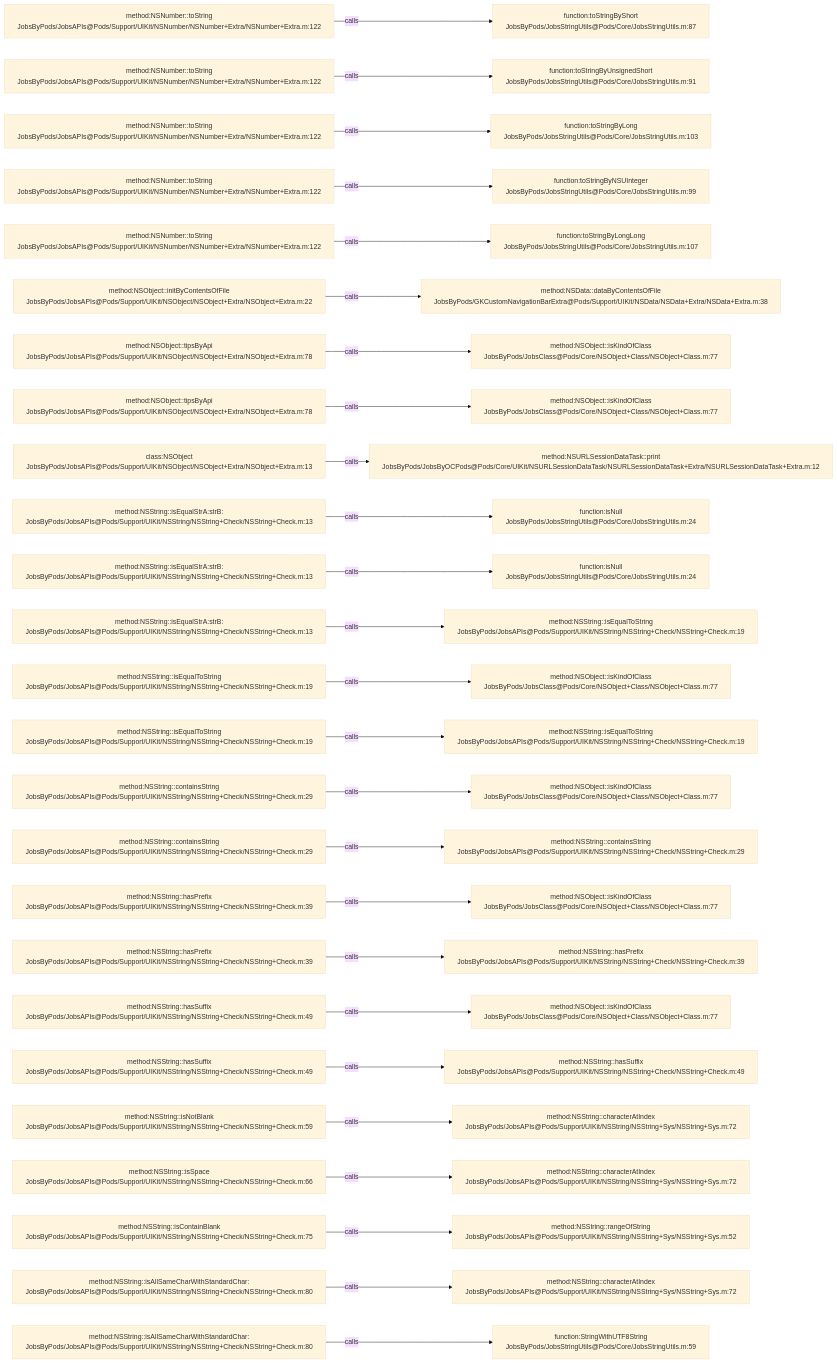
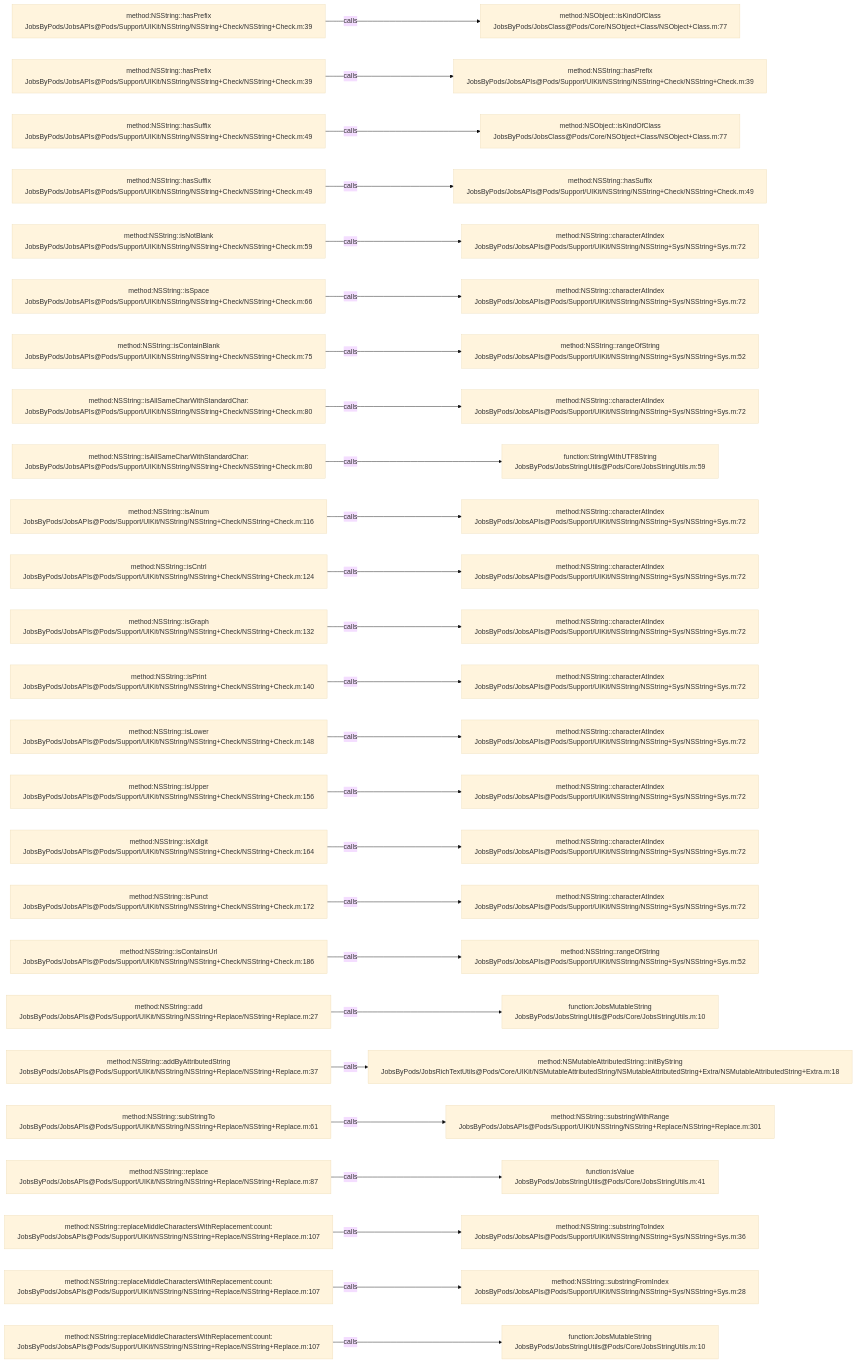
The diagram in .codegraph/codegraph.md/graphs/calls-013.md (JobsKits/JobsOCBaseConfigDemo), drawn with Mermaid (base theme) before and after one commit. The commit also changed 639 other files, not shown here.

````diff
--- a/.codegraph/codegraph.md/graphs/calls-013.md
+++ b/.codegraph/codegraph.md/graphs/calls-013.md
@@ -13,78 +13,78 @@
 ```mermaid
 flowchart LR
-  S1["method:NSNumber::toString<br/>JobsByPods/JobsAPIs@Pods/Support/UIKit/NSNumber/NSNumber+Extra/NSNumber+Extra.m:122"]
-  T1["function:toStringByShort<br/>JobsByPods/JobsStringUtils@Pods/Core/JobsStringUtils.m:87"]
+  S1["method:NSString::hasPrefix<br/>JobsByPods/JobsAPIs@Pods/Support/UIKit/NSString/NSString+Check/NSString+Check.m:39"]
+  T1["method:NSObject::isKindOfClass<br/>JobsByPods/JobsClass@Pods/Core/NSObject+Class/NSObject+Class.m:77"]
   S1 -->|calls| T1
-  S2["method:NSNumber::toString<br/>JobsByPods/JobsAPIs@Pods/Support/UIKit/NSNumber/NSNumber+Extra/NSNumber+Extra.m:122"]
-  T2["function:toStringByUnsignedShort<br/>JobsByPods/JobsStringUtils@Pods/Core/JobsStringUtils.m:91"]
+  S2["method:NSString::hasPrefix<br/>JobsByPods/JobsAPIs@Pods/Support/UIKit/NSString/NSString+Check/NSString+Check.m:39"]
+  T2["method:NSString::hasPrefix<br/>JobsByPods/JobsAPIs@Pods/Support/UIKit/NSString/NSString+Check/NSString+Check.m:39"]
   S2 -->|calls| T2
-  S3["method:NSNumber::toString<br/>JobsByPods/JobsAPIs@Pods/Support/UIKit/NSNumber/NSNumber+Extra/NSNumber+Extra.m:122"]
-  T3["function:toStringByLong<br/>JobsByPods/JobsStringUtils@Pods/Core/JobsStringUtils.m:103"]
+  S3["method:NSString::hasSuffix<br/>JobsByPods/JobsAPIs@Pods/Support/UIKit/NSString/NSString+Check/NSString+Check.m:49"]
+  T3["method:NSObject::isKindOfClass<br/>JobsByPods/JobsClass@Pods/Core/NSObject+Class/NSObject+Class.m:77"]
   S3 -->|calls| T3
-  S4["method:NSNumber::toString<br/>JobsByPods/JobsAPIs@Pods/Support/UIKit/NSNumber/NSNumber+Extra/NSNumber+Extra.m:122"]
-  T4["function:toStringByNSUInteger<br/>JobsByPods/JobsStringUtils@Pods/Core/JobsStringUtils.m:99"]
+  S4["method:NSString::hasSuffix<br/>JobsByPods/JobsAPIs@Pods/Support/UIKit/NSString/NSString+Check/NSString+Check.m:49"]
+  T4["method:NSString::hasSuffix<br/>JobsByPods/JobsAPIs@Pods/Support/UIKit/NSString/NSString+Check/NSString+Check.m:49"]
   S4 -->|calls| T4
-  S5["method:NSNumber::toString<br/>JobsByPods/JobsAPIs@Pods/Support/UIKit/NSNumber/NSNumber+Extra/NSNumber+Extra.m:122"]
-  T5["function:toStringByLongLong<br/>JobsByPods/JobsStringUtils@Pods/Core/JobsStringUtils.m:107"]
+  S5["method:NSString::isNotBlank<br/>JobsByPods/JobsAPIs@Pods/Support/UIKit/NSString/NSString+Check/NSString+Check.m:59"]
+  T5["method:NSString::characterAtIndex<br/>JobsByPods/JobsAPIs@Pods/Support/UIKit/NSString/NSString+Sys/NSString+Sys.m:72"]
   S5 -->|calls| T5
-  S6["method:NSObject::initByContentsOfFile<br/>JobsByPods/JobsAPIs@Pods/Support/UIKit/NSObject/NSObject+Extra/NSObject+Extra.m:22"]
-  T6["method:NSData::dataByContentsOfFile<br/>JobsByPods/GKCustomNavigationBarExtra@Pods/Support/UIKit/NSData/NSData+Extra/NSData+Extra.m:38"]
+  S6["method:NSString::isSpace<br/>JobsByPods/JobsAPIs@Pods/Support/UIKit/NSString/NSString+Check/NSString+Check.m:66"]
+  T6["method:NSString::characterAtIndex<br/>JobsByPods/JobsAPIs@Pods/Support/UIKit/NSString/NSString+Sys/NSString+Sys.m:72"]
   S6 -->|calls| T6
-  S7["method:NSObject::tipsByApi<br/>JobsByPods/JobsAPIs@Pods/Support/UIKit/NSObject/NSObject+Extra/NSObject+Extra.m:78"]
-  T7["method:NSObject::isKindOfClass<br/>JobsByPods/JobsClass@Pods/Core/NSObject+Class/NSObject+Class.m:77"]
+  S7["method:NSString::isContainBlank<br/>JobsByPods/JobsAPIs@Pods/Support/UIKit/NSString/NSString+Check/NSString+Check.m:75"]
+  T7["method:NSString::rangeOfString<br/>JobsByPods/JobsAPIs@Pods/Support/UIKit/NSString/NSString+Sys/NSString+Sys.m:52"]
   S7 -->|calls| T7
-  S8["method:NSObject::tipsByApi<br/>JobsByPods/JobsAPIs@Pods/Support/UIKit/NSObject/NSObject+Extra/NSObject+Extra.m:78"]
-  T8["method:NSObject::isKindOfClass<br/>JobsByPods/JobsClass@Pods/Core/NSObject+Class/NSObject+Class.m:77"]
+  S8["method:NSString::isAllSameCharWithStandardChar:<br/>JobsByPods/JobsAPIs@Pods/Support/UIKit/NSString/NSString+Check/NSString+Check.m:80"]
+  T8["method:NSString::characterAtIndex<br/>JobsByPods/JobsAPIs@Pods/Support/UIKit/NSString/NSString+Sys/NSString+Sys.m:72"]
   S8 -->|calls| T8
-  S9["class:NSObject<br/>JobsByPods/JobsAPIs@Pods/Support/UIKit/NSObject/NSObject+Extra/NSObject+Extra.m:13"]
-  T9["method:NSURLSessionDataTask::print<br/>JobsByPods/JobsByOCPods@Pods/Core/UIKit/NSURLSessionDataTask/NSURLSessionDataTask+Extra/NSURLSessionDataTask+Extra.m:12"]
+  S9["method:NSString::isAllSameCharWithStandardChar:<br/>JobsByPods/JobsAPIs@Pods/Support/UIKit/NSString/NSString+Check/NSString+Check.m:80"]
+  T9["function:StringWithUTF8String<br/>JobsByPods/JobsStringUtils@Pods/Core/JobsStringUtils.m:59"]
   S9 -->|calls| T9
-  S10["method:NSString::isEqualStrA:strB:<br/>JobsByPods/JobsAPIs@Pods/Support/UIKit/NSString/NSString+Check/NSString+Check.m:13"]
-  T10["function:isNull<br/>JobsByPods/JobsStringUtils@Pods/Core/JobsStringUtils.m:24"]
+  S10["method:NSString::isAlnum<br/>JobsByPods/JobsAPIs@Pods/Support/UIKit/NSString/NSString+Check/NSString+Check.m:116"]
+  T10["method:NSString::characterAtIndex<br/>JobsByPods/JobsAPIs@Pods/Support/UIKit/NSString/NSString+Sys/NSString+Sys.m:72"]
   S10 -->|calls| T10
-  S11["method:NSString::isEqualStrA:strB:<br/>JobsByPods/JobsAPIs@Pods/Support/UIKit/NSString/NSString+Check/NSString+Check.m:13"]
-  T11["function:isNull<br/>JobsByPods/JobsStringUtils@Pods/Core/JobsStringUtils.m:24"]
+  S11["method:NSString::isCntrl<br/>JobsByPods/JobsAPIs@Pods/Support/UIKit/NSString/NSString+Check/NSString+Check.m:124"]
+  T11["method:NSString::characterAtIndex<br/>JobsByPods/JobsAPIs@Pods/Support/UIKit/NSString/NSString+Sys/NSString+Sys.m:72"]
   S11 -->|calls| T11
-  S12["method:NSString::isEqualStrA:strB:<br/>JobsByPods/JobsAPIs@Pods/Support/UIKit/NSString/NSString+Check/NSString+Check.m:13"]
-  T12["method:NSString::isEqualToString<br/>JobsByPods/JobsAPIs@Pods/Support/UIKit/NSString/NSString+Check/NSString+Check.m:19"]
+  S12["method:NSString::isGraph<br/>JobsByPods/JobsAPIs@Pods/Support/UIKit/NSString/NSString+Check/NSString+Check.m:132"]
+  T12["method:NSString::characterAtIndex<br/>JobsByPods/JobsAPIs@Pods/Support/UIKit/NSString/NSString+Sys/NSString+Sys.m:72"]
   S12 -->|calls| T12
-  S13["method:NSString::isEqualToString<br/>JobsByPods/JobsAPIs@Pods/Support/UIKit/NSString/NSString+Check/NSString+Check.m:19"]
-  T13["method:NSObject::isKindOfClass<br/>JobsByPods/JobsClass@Pods/Core/NSObject+Class/NSObject+Class.m:77"]
+  S13["method:NSString::isPrint<br/>JobsByPods/JobsAPIs@Pods/Support/UIKit/NSString/NSString+Check/NSString+Check.m:140"]
+  T13["method:NSString::characterAtIndex<br/>JobsByPods/JobsAPIs@Pods/Support/UIKit/NSString/NSString+Sys/NSString+Sys.m:72"]
   S13 -->|calls| T13
-  S14["method:NSString::isEqualToString<br/>JobsByPods/JobsAPIs@Pods/Support/UIKit/NSString/NSString+Check/NSString+Check.m:19"]
-  T14["method:NSString::isEqualToString<br/>JobsByPods/JobsAPIs@Pods/Support/UIKit/NSString/NSString+Check/NSString+Check.m:19"]
+  S14["method:NSString::isLower<br/>JobsByPods/JobsAPIs@Pods/Support/UIKit/NSString/NSString+Check/NSString+Check.m:148"]
+  T14["method:NSString::characterAtIndex<br/>JobsByPods/JobsAPIs@Pods/Support/UIKit/NSString/NSString+Sys/NSString+Sys.m:72"]
   S14 -->|calls| T14
-  S15["method:NSString::containsString<br/>JobsByPods/JobsAPIs@Pods/Support/UIKit/NSString/NSString+Check/NSString+Check.m:29"]
-  T15["method:NSObject::isKindOfClass<br/>JobsByPods/JobsClass@Pods/Core/NSObject+Class/NSObject+Class.m:77"]
+  S15["method:NSString::isUpper<br/>JobsByPods/JobsAPIs@Pods/Support/UIKit/NSString/NSString+Check/NSString+Check.m:156"]
+  T15["method:NSString::characterAtIndex<br/>JobsByPods/JobsAPIs@Pods/Support/UIKit/NSString/NSString+Sys/NSString+Sys.m:72"]
   S15 -->|calls| T15
-  S16["method:NSString::containsString<br/>JobsByPods/JobsAPIs@Pods/Support/UIKit/NSString/NSString+Check/NSString+Check.m:29"]
-  T16["method:NSString::containsString<br/>JobsByPods/JobsAPIs@Pods/Support/UIKit/NSString/NSString+Check/NSString+Check.m:29"]
+  S16["method:NSString::isXdigit<br/>JobsByPods/JobsAPIs@Pods/Support/UIKit/NSString/NSString+Check/NSString+Check.m:164"]
+  T16["method:NSString::characterAtIndex<br/>JobsByPods/JobsAPIs@Pods/Support/UIKit/NSString/NSString+Sys/NSString+Sys.m:72"]
   S16 -->|calls| T16
-  S17["method:NSString::hasPrefix<br/>JobsByPods/JobsAPIs@Pods/Support/UIKit/NSString/NSString+Check/NSString+Check.m:39"]
-  T17["method:NSObject::isKindOfClass<br/>JobsByPods/JobsClass@Pods/Core/NSObject+Class/NSObject+Class.m:77"]
+  S17["method:NSString::isPunct<br/>JobsByPods/JobsAPIs@Pods/Support/UIKit/NSString/NSString+Check/NSString+Check.m:172"]
+  T17["method:NSString::characterAtIndex<br/>JobsByPods/JobsAPIs@Pods/Support/UIKit/NSString/NSString+Sys/NSString+Sys.m:72"]
   S17 -->|calls| T17
-  S18["method:NSString::hasPrefix<br/>JobsByPods/JobsAPIs@Pods/Support/UIKit/NSString/NSString+Check/NSString+Check.m:39"]
-  T18["method:NSString::hasPrefix<br/>JobsByPods/JobsAPIs@Pods/Support/UIKit/NSString/NSString+Check/NSString+Check.m:39"]
+  S18["method:NSString::isContainsUrl<br/>JobsByPods/JobsAPIs@Pods/Support/UIKit/NSString/NSString+Check/NSString+Check.m:186"]
+  T18["method:NSString::rangeOfString<br/>JobsByPods/JobsAPIs@Pods/Support/UIKit/NSString/NSString+Sys/NSString+Sys.m:52"]
   S18 -->|calls| T18
-  S19["method:NSString::hasSuffix<br/>JobsByPods/JobsAPIs@Pods/Support/UIKit/NSString/NSString+Check/NSString+Check.m:49"]
-  T19["method:NSObject::isKindOfClass<br/>JobsByPods/JobsClass@Pods/Core/NSObject+Class/NSObject+Class.m:77"]
+  S19["method:NSString::add<br/>JobsByPods/JobsAPIs@Pods/Support/UIKit/NSString/NSString+Replace/NSString+Replace.m:27"]
+  T19["function:JobsMutableString<br/>JobsByPods/JobsStringUtils@Pods/Core/JobsStringUtils.m:10"]
   S19 -->|calls| T19
-  S20["method:NSString::hasSuffix<br/>JobsByPods/JobsAPIs@Pods/Support/UIKit/NSString/NSString+Check/NSString+Check.m:49"]
-  T20["method:NSString::hasSuffix<br/>JobsByPods/JobsAPIs@Pods/Support/UIKit/NSString/NSString+Check/NSString+Check.m:49"]
+  S20["method:NSString::addByAttributedString<br/>JobsByPods/JobsAPIs@Pods/Support/UIKit/NSString/NSString+Replace/NSString+Replace.m:37"]
+  T20["method:NSMutableAttributedString::initByString<br/>JobsByPods/JobsRichTextUtils@Pods/Core/UIKit/NSMutableAttributedString/NSMutableAttributedString+Extra/NSMutableAttributedString+Extra.m:18"]
   S20 -->|calls| T20
-  S21["method:NSString::isNotBlank<br/>JobsByPods/JobsAPIs@Pods/Support/UIKit/NSString/NSString+Check/NSString+Check.m:59"]
-  T21["method:NSString::characterAtIndex<br/>JobsByPods/JobsAPIs@Pods/Support/UIKit/NSString/NSString+Sys/NSString+Sys.m:72"]
+  S21["method:NSString::subStringTo<br/>JobsByPods/JobsAPIs@Pods/Support/UIKit/NSString/NSString+Replace/NSString+Replace.m:61"]
+  T21["method:NSString::substringWithRange<br/>JobsByPods/JobsAPIs@Pods/Support/UIKit/NSString/NSString+Replace/NSString+Replace.m:301"]
   S21 -->|calls| T21
-  S22["method:NSString::isSpace<br/>JobsByPods/JobsAPIs@Pods/Support/UIKit/NSString/NSString+Check/NSString+Check.m:66"]
-  T22["method:NSString::characterAtIndex<br/>JobsByPods/JobsAPIs@Pods/Support/UIKit/NSString/NSString+Sys/NSString+Sys.m:72"]
+  S22["method:NSString::replace<br/>JobsByPods/JobsAPIs@Pods/Support/UIKit/NSString/NSString+Replace/NSString+Replace.m:87"]
+  T22["function:isValue<br/>JobsByPods/JobsStringUtils@Pods/Core/JobsStringUtils.m:41"]
   S22 -->|calls| T22
-  S23["method:NSString::isContainBlank<br/>JobsByPods/JobsAPIs@Pods/Support/UIKit/NSString/NSString+Check/NSString+Check.m:75"]
-  T23["method:NSString::rangeOfString<br/>JobsByPods/JobsAPIs@Pods/Support/UIKit/NSString/NSString+Sys/NSString+Sys.m:52"]
+  S23["method:NSString::replaceMiddleCharactersWithReplacement:count:<br/>JobsByPods/JobsAPIs@Pods/Support/UIKit/NSString/NSString+Replace/NSString+Replace.m:107"]
+  T23["method:NSString::substringToIndex<br/>JobsByPods/JobsAPIs@Pods/Support/UIKit/NSString/NSString+Sys/NSString+Sys.m:36"]
   S23 -->|calls| T23
-  S24["method:NSString::isAllSameCharWithStandardChar:<br/>JobsByPods/JobsAPIs@Pods/Support/UIKit/NSString/NSString+Check/NSString+Check.m:80"]
-  T24["method:NSString::characterAtIndex<br/>JobsByPods/JobsAPIs@Pods/Support/UIKit/NSString/NSString+Sys/NSString+Sys.m:72"]
+  S24["method:NSString::replaceMiddleCharactersWithReplacement:count:<br/>JobsByPods/JobsAPIs@Pods/Support/UIKit/NSString/NSString+Replace/NSString+Replace.m:107"]
+  T24["method:NSString::substringFromIndex<br/>JobsByPods/JobsAPIs@Pods/Support/UIKit/NSString/NSString+Sys/NSString+Sys.m:28"]
   S24 -->|calls| T24
-  S25["method:NSString::isAllSameCharWithStandardChar:<br/>JobsByPods/JobsAPIs@Pods/Support/UIKit/NSString/NSString+Check/NSString+Check.m:80"]
-  T25["function:StringWithUTF8String<br/>JobsByPods/JobsStringUtils@Pods/Core/JobsStringUtils.m:59"]
+  S25["method:NSString::replaceMiddleCharactersWithReplacement:count:<br/>JobsByPods/JobsAPIs@Pods/Support/UIKit/NSString/NSString+Replace/NSString+Replace.m:107"]
+  T25["function:JobsMutableString<br/>JobsByPods/JobsStringUtils@Pods/Core/JobsStringUtils.m:10"]
   S25 -->|calls| T25
 ```
````
